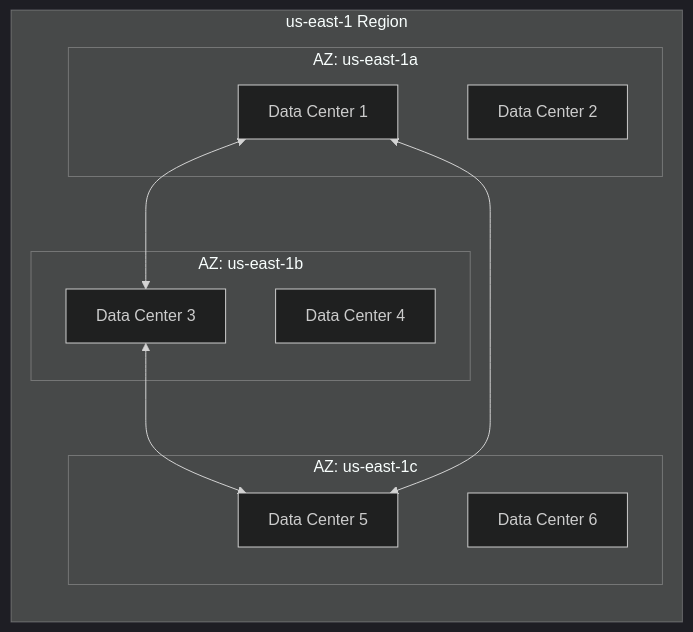
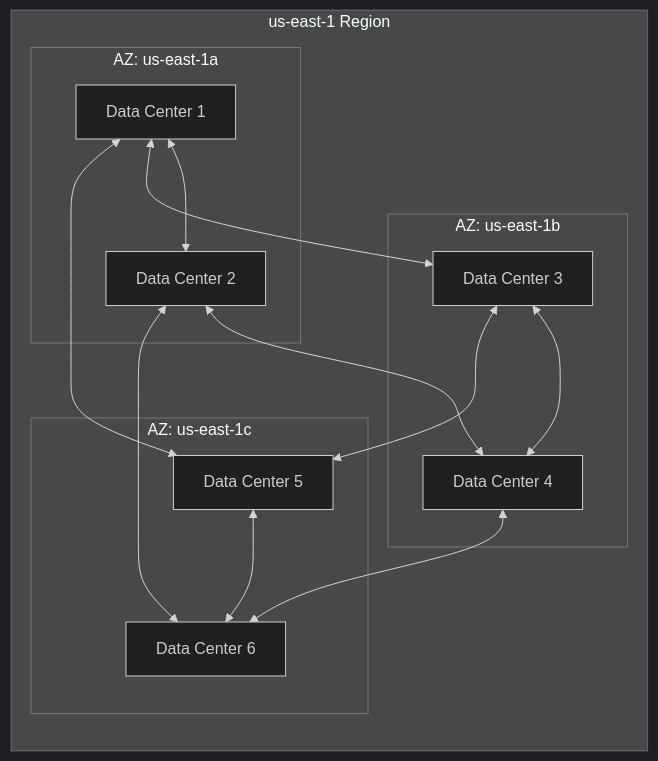
One commit to jonathanleahy/fullstack-monorepo changed the second of 4 diagrams in backend/data/courses/aws-certified-developer-associate/lessons/00-aws-fundamentals-and-developer-tools/sublessons/01/content.md. Above: the diagram before and after it, drawn with Mermaid (dark theme). The commit also changed other lines of this file and 15 other files, not shown here.

````diff
--- a/backend/data/courses/aws-certified-developer-associate/lessons/00-aws-fundamentals-and-developer-tools/sublessons/01/content.md
+++ b/backend/data/courses/aws-certified-developer-associate/lessons/00-aws-fundamentals-and-developer-tools/sublessons/01/content.md
@@ -61,21 +61,27 @@
 ```mermaid
 graph LR
     subgraph "us-east-1 Region"
         subgraph "AZ: us-east-1a"
             DC1[Data Center 1]
             DC2[Data Center 2]
         end
         subgraph "AZ: us-east-1b"
             DC3[Data Center 3]
             DC4[Data Center 4]
         end
         subgraph "AZ: us-east-1c"
             DC5[Data Center 5]
             DC6[Data Center 6]
         end
     end
 
+    DC1 <--> DC2
+    DC3 <--> DC4
+    DC5 <--> DC6
     DC1 <--> DC3
+    DC2 <--> DC4
     DC3 <--> DC5
+    DC4 <--> DC6
     DC1 <--> DC5
+    DC2 <--> DC6
 ```
````
